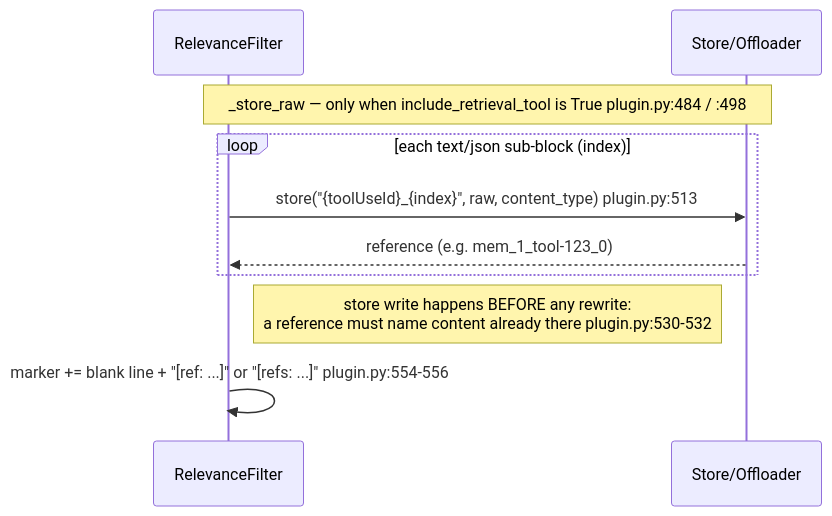
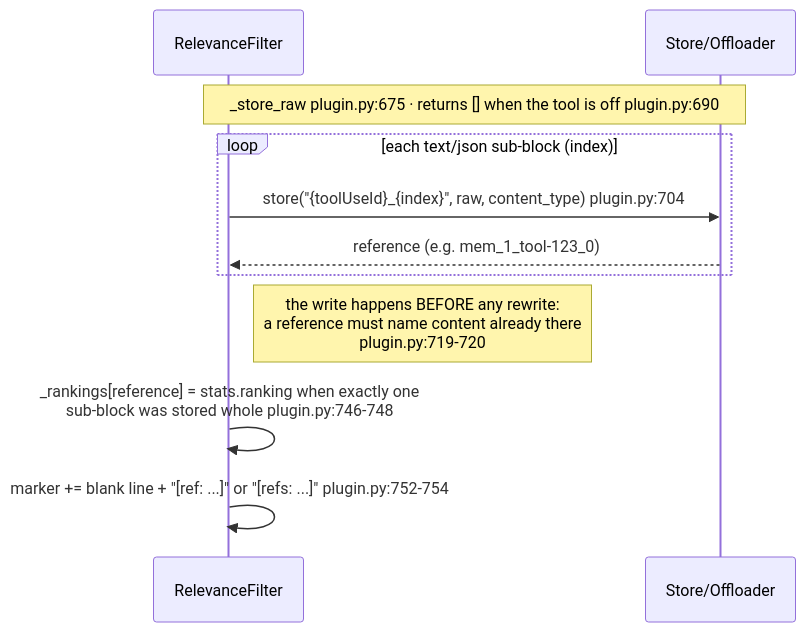
Before and after one commit to aws-samples/sample-context-engineering: the second of 4 diagrams in docs/design/sequence/sequence-a-relevance-filtering.md, drawn with Mermaid. The commit also changed other lines of this file and 11 other files, not shown here.

First line of the commit message:
docs: bring design, sequence and how-to docs to the current code

````diff
--- a/docs/design/sequence/sequence-a-relevance-filtering.md
+++ b/docs/design/sequence/sequence-a-relevance-filtering.md
@@ -151,13 +180,14 @@
 ```mermaid
 sequenceDiagram
     participant RF as RelevanceFilter
     participant Store as Store/Offloader
 
-    Note over RF,Store: _store_raw — only when include_retrieval_tool is True  plugin.py:484 / :498
+    Note over RF,Store: _store_raw  plugin.py:675  · returns [] when the tool is off  plugin.py:690
     loop each text/json sub-block (index)
-        RF->>Store: store("{toolUseId}_{index}", raw, content_type)  plugin.py:513
+        RF->>Store: store("{toolUseId}_{index}", raw, content_type)  plugin.py:704
         Store-->>RF: reference (e.g. mem_1_tool-123_0)
     end
-    Note right of RF: store write happens BEFORE any rewrite:<br/>a reference must name content already there  plugin.py:530-532
-    RF->>RF: marker += blank line + "[ref: ...]" or "[refs: ...]"  plugin.py:554-556
+    Note right of RF: the write happens BEFORE any rewrite:<br/>a reference must name content already there<br/>plugin.py:719-720
+    RF->>RF: _rankings[reference] = stats.ranking when exactly one<br/>sub-block was stored whole  plugin.py:746-748
+    RF->>RF: marker += blank line + "[ref: ...]" or "[refs: ...]"  plugin.py:752-754
 ```
````
